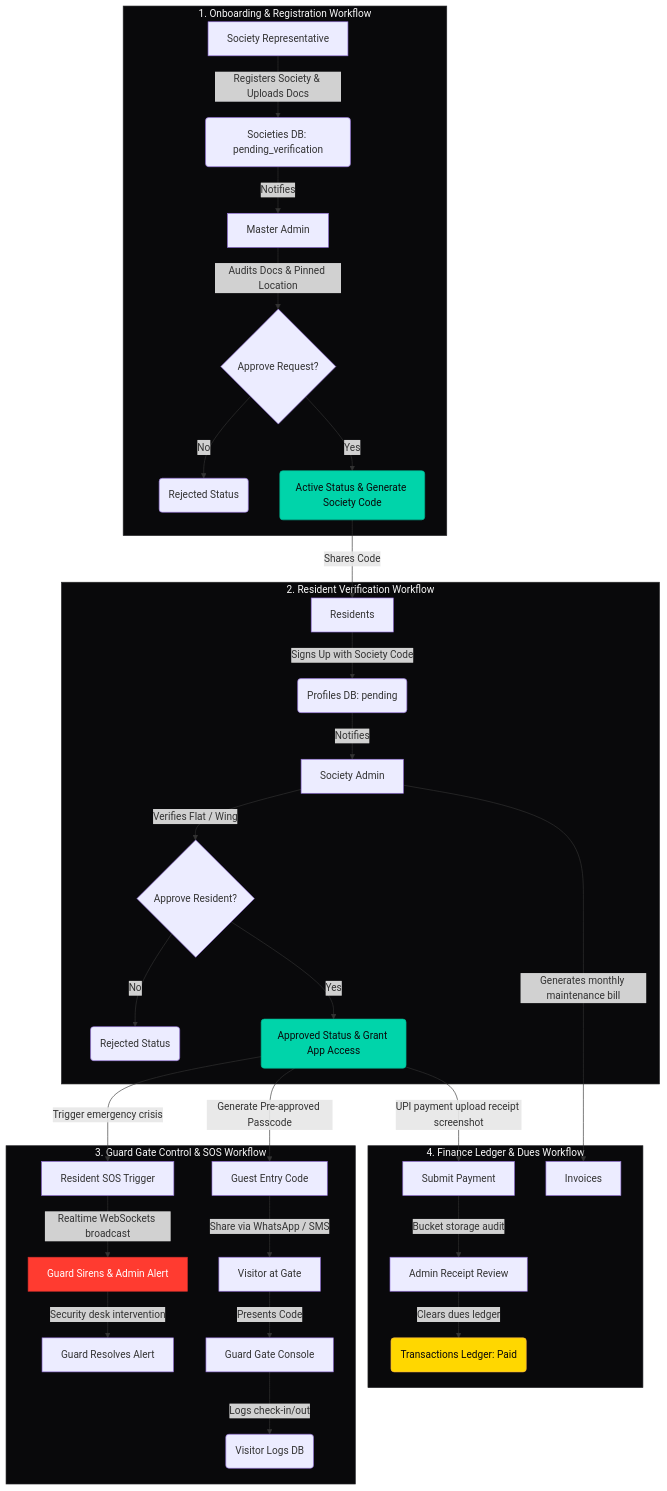
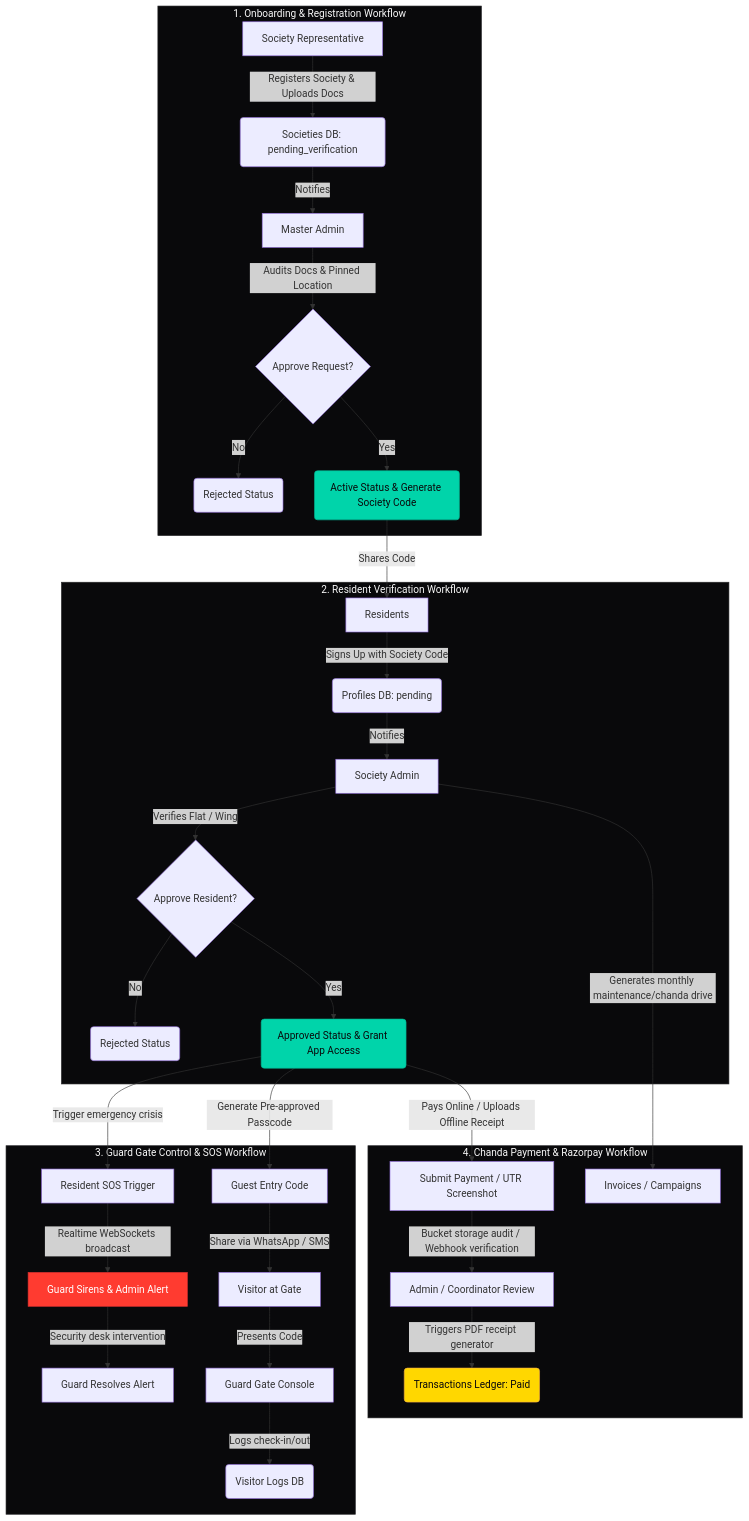
The third of 4 diagrams in README.md (AmanMahadik/Society_Sync), drawn with Mermaid before and after one commit. The commit also changed other lines of this file, not shown here.

Commit message:
docs: update README.md to describe new Chanda payments, Biometrics, and flat-routing features

````diff
--- a/README.md
+++ b/README.md
@@ -215,46 +226,46 @@
 ```mermaid
 flowchart TD
     subgraph Onboarding["1. Onboarding & Registration Workflow"]
         A[Society Representative] -->|Registers Society & Uploads Docs| B(Societies DB: pending_verification)
         B -->|Notifies| C[Master Admin]
         C -->|Audits Docs & Pinned Location| D{Approve Request?}
         D -->|No| E(Rejected Status)
         D -->|Yes| F(Active Status & Generate Society Code)
     end
 
     subgraph ResidentJoin["2. Resident Verification Workflow"]
         F -->|Shares Code| G[Residents]
         G -->|Signs Up with Society Code| H(Profiles DB: pending)
         H -->|Notifies| I[Society Admin]
         I -->|Verifies Flat / Wing| J{Approve Resident?}
         J -->|No| K(Rejected Status)
         J -->|Yes| L(Approved Status & Grant App Access)
     end
 
     subgraph GateSecurity["3. Guard Gate Control & SOS Workflow"]
         L -->|Trigger emergency crisis| M[Resident SOS Trigger]
         M -->|Realtime WebSockets broadcast| N[Guard Sirens & Admin Alert]
         N -->|Security desk intervention| O[Guard Resolves Alert]
 
         L -->|Generate Pre-approved Passcode| P[Guest Entry Code]
         P -->|Share via WhatsApp / SMS| Q[Visitor at Gate]
         Q -->|Presents Code| R[Guard Gate Console]
         R -->|Logs check-in/out| S(Visitor Logs DB)
     end
 
-    subgraph Financials["4. Finance Ledger & Dues Workflow"]
-        I -->|Generates monthly maintenance bill| T[Invoices]
-        L -->|UPI payment upload receipt screenshot| U[Submit Payment]
-        U -->|Bucket storage audit| V[Admin Receipt Review]
-        V -->|Clears dues ledger| W(Transactions Ledger: Paid)
+    subgraph Financials["4. Chanda Payment & Razorpay Workflow"]
+        I -->|Generates monthly maintenance/chanda drive| T[Invoices / Campaigns]
+        L -->|Pays Online / Uploads Offline Receipt| U[Submit Payment / UTR Screenshot]
+        U -->|Bucket storage audit / Webhook verification| V[Admin / Coordinator Review]
+        V -->|Triggers PDF receipt generator| W(Transactions Ledger: Paid)
     end
 
     style Onboarding fill:#09090b,stroke:#27272a,color:#fafafa
     style ResidentJoin fill:#09090b,stroke:#27272a,color:#fafafa
     style GateSecurity fill:#09090b,stroke:#27272a,color:#fafafa
     style Financials fill:#09090b,stroke:#27272a,color:#fafafa
     style F fill:#00d4aa,stroke:#00b390,color:#09090b
     style L fill:#00d4aa,stroke:#00b390,color:#09090b
     style N fill:#ff3b30,stroke:#d32f2f,color:#fff
     style W fill:#ffd700,stroke:#f5b041,color:#09090b
 ```
````
